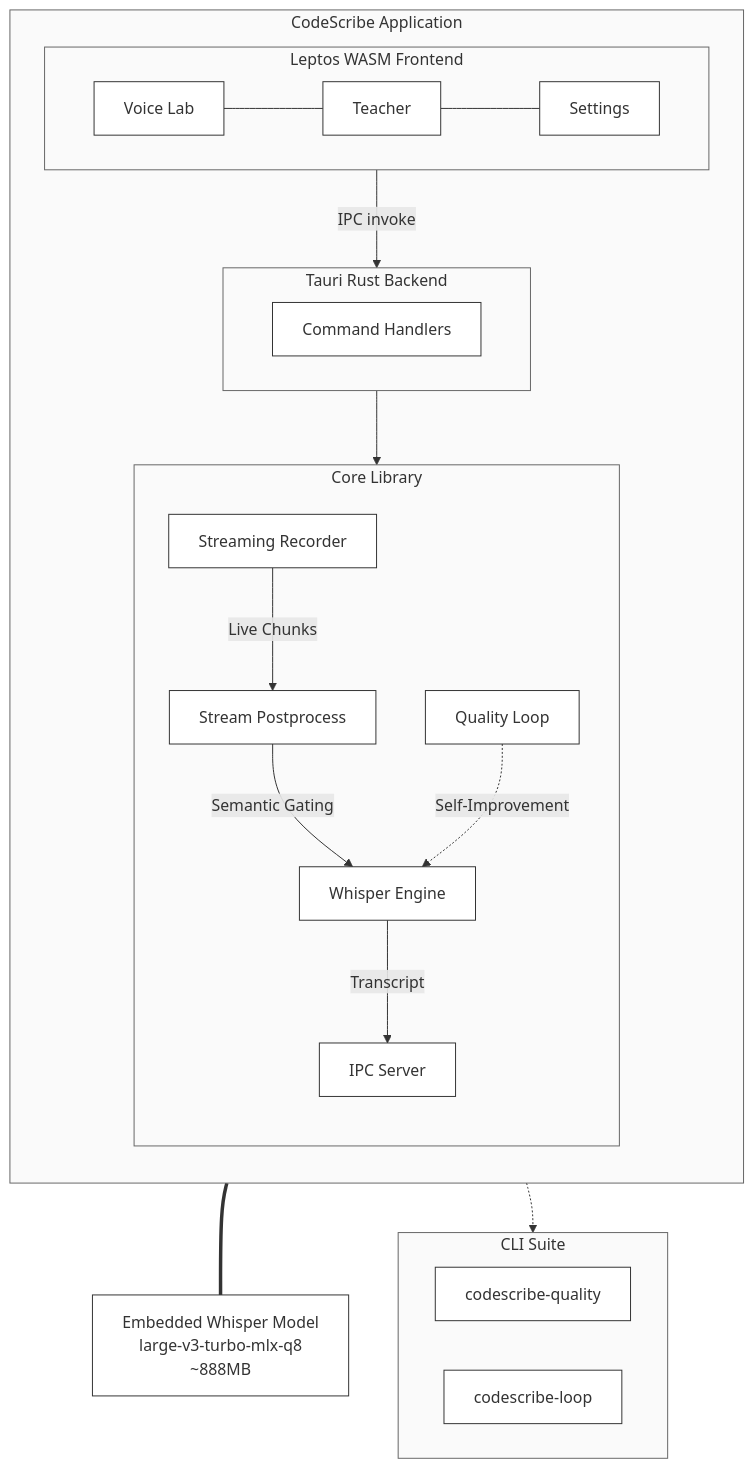
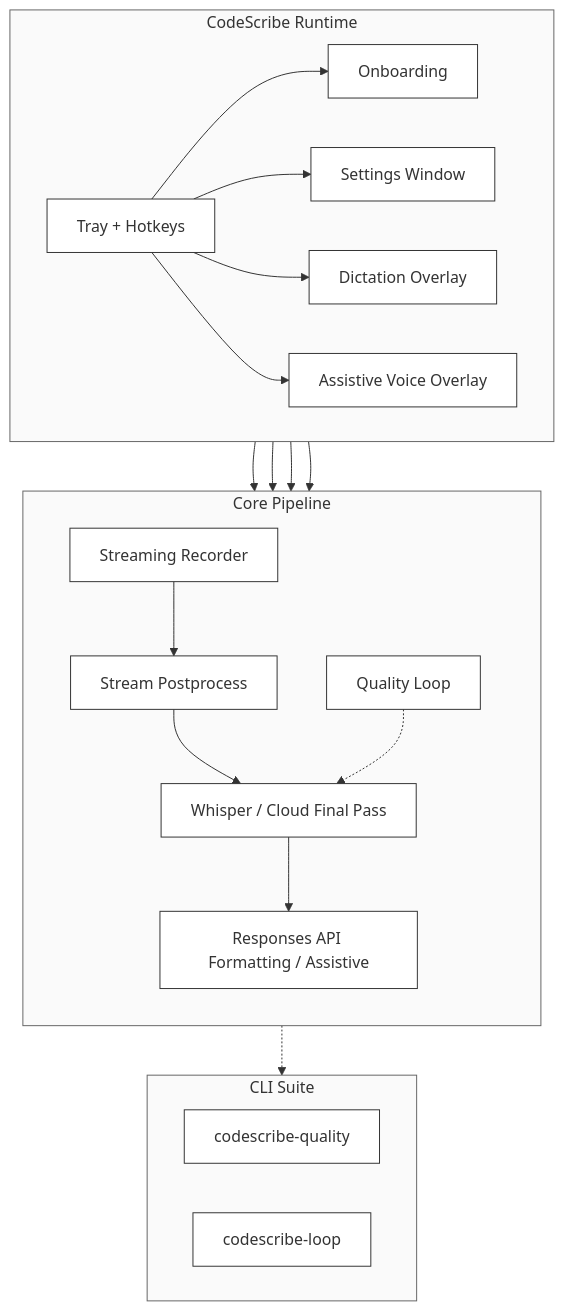
The first of 2 diagrams in README.md (vetcoders/codescribe), drawn with Mermaid before and after one commit. The commit also changed other lines of this file and 9 other files, not shown here.

Commit message:
Simplify voice chat surface and repo truth

````diff
--- a/README.md
+++ b/README.md
@@ -11,49 +15,43 @@
 ```mermaid
 flowchart TB
-    %% Minimal monochrome styling
     classDef default fill:#fff,stroke:#333,stroke-width:1px;
     classDef box fill:#fafafa,stroke:#666,stroke-width:1px,stroke-dasharray: 0;
 
-    subgraph APP[CodeScribe Application]
-        direction TB
-
-        subgraph UI[Leptos WASM Frontend]
-            direction LR
-            VL[Voice Lab] --- TE[Teacher] --- SET[Settings]
-        end
-
-        subgraph BACKEND[Tauri Rust Backend]
-            CMD[Command Handlers]
-        end
-
-        UI -->|IPC invoke| BACKEND
-
-        subgraph CORE[Core Library]
-            direction TB
-            REC[Streaming Recorder]
-            POST[Stream Postprocess]
-            WH[Whisper Engine]
-            IPC[IPC Server]
-            QL[Quality Loop]
-
-            REC -->|Live Chunks| POST
-            POST -->|Semantic Gating| WH
-            WH -->|Transcript| IPC
-            QL -.->|Self-Improvement| WH
-        end
-
-        BACKEND --> CORE
+    subgraph APP[CodeScribe Runtime]
+        direction LR
+        TRAY[Tray + Hotkeys]
+        ONB[Onboarding]
+        SET[Settings Window]
+        OVL[Dictation Overlay]
+        CHAT[Assistive Voice Overlay]
     end
 
-    MODEL["Embedded Whisper Model<br/>large-v3-turbo-mlx-q8<br/>~888MB"]
-    WH === MODEL
+    subgraph CORE[Core Pipeline]
+        direction TB
+        REC[Streaming Recorder]
+        POST[Stream Postprocess]
+        STT[Whisper / Cloud Final Pass]
+        LLM[Responses API Formatting / Assistive]
+        QL[Quality Loop]
+    end
 
     subgraph TOOLS[CLI Suite]
         QCLI[codescribe-quality]
         LCLI[codescribe-loop]
     end
 
+    TRAY --> ONB
+    TRAY --> SET
+    TRAY --> OVL
+    TRAY --> CHAT
+    TRAY --> CORE
+    SET --> CORE
+    OVL --> CORE
+    CHAT --> CORE
+    REC --> POST --> STT
+    STT --> LLM
+    QL -.-> STT
     CORE -.-> TOOLS
 
-    class APP,UI,BACKEND,CORE,TOOLS box
+    class APP,CORE,TOOLS box
 ```
````
